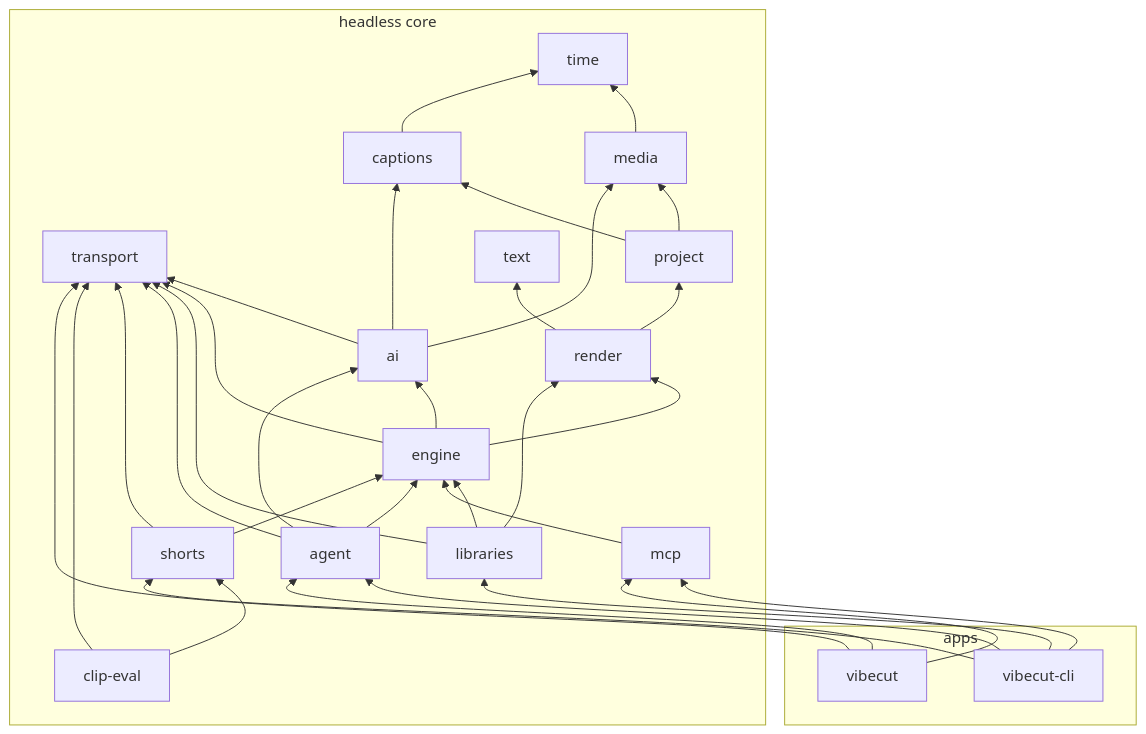
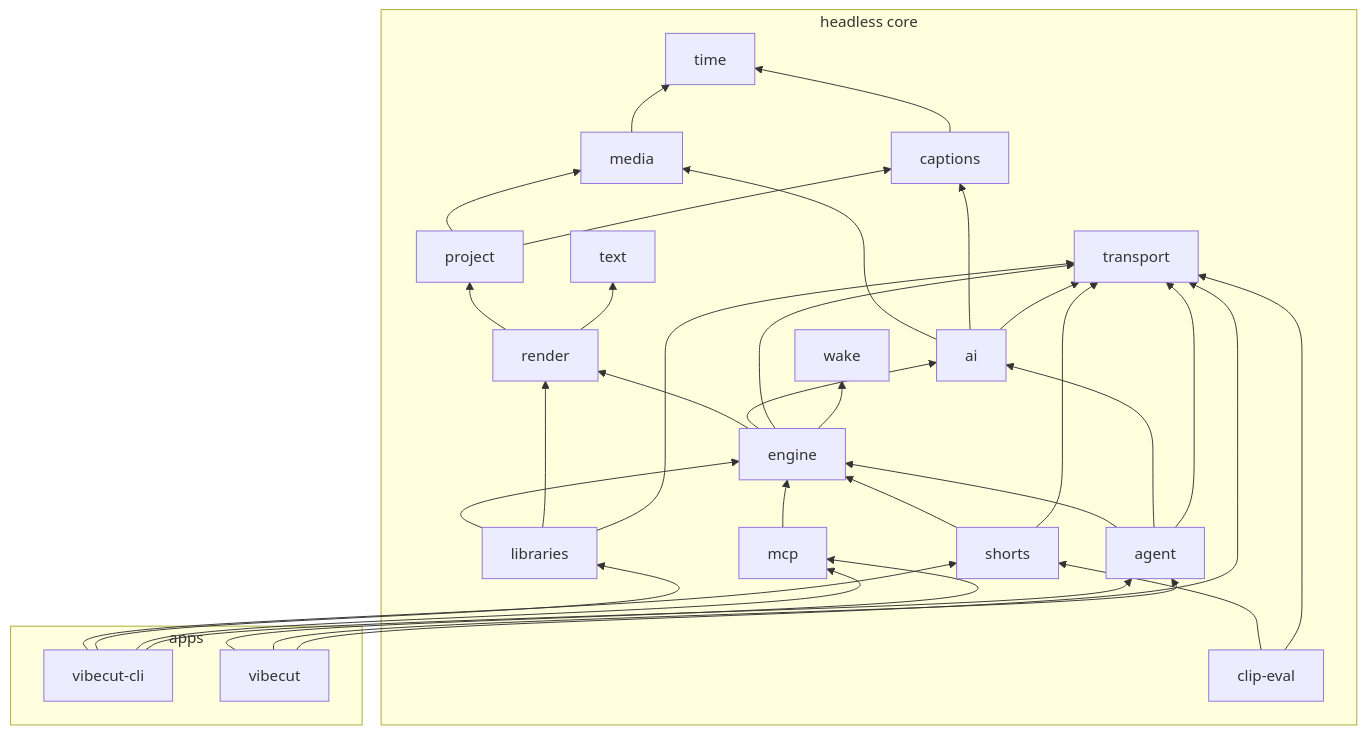
The first of 2 diagrams in docs/engineering/architecture.md (canhta/vibecut), drawn with Mermaid before and after one commit. The commit also changed other lines of this file and 32 other files, not shown here.

````diff
--- a/docs/engineering/architecture.md
+++ b/docs/engineering/architecture.md
@@ -31,40 +32,42 @@
 ```mermaid
 flowchart BT
   transport
+  wake
   media --> time
   captions --> time
   project --> media
   project --> captions
   ai --> media
   ai --> captions
   ai --> transport
   render --> project
   render --> text
   engine --> render
   engine --> ai
   engine --> transport
+  engine --> wake
   libraries --> engine
   libraries --> render
   libraries --> transport
   mcp --> engine
   agent --> engine
   agent --> ai
   agent --> transport
   shorts --> engine
   shorts --> transport
   eval[clip-eval] --> shorts
   eval --> transport
   cli[vibecut-cli] --> shorts
   cli --> libraries
   cli --> mcp
   cli --> agent
   app[vibecut] --> mcp
   app --> agent
   app --> transport
   subgraph apps
     cli; app
   end
   subgraph core[headless core]
-    time; text; transport; media; captions; project; ai; render; engine; mcp; agent; libraries; shorts; eval
+    time; wake; text; transport; media; captions; project; ai; render; engine; mcp; agent; libraries; shorts; eval
   end
 ```
````
